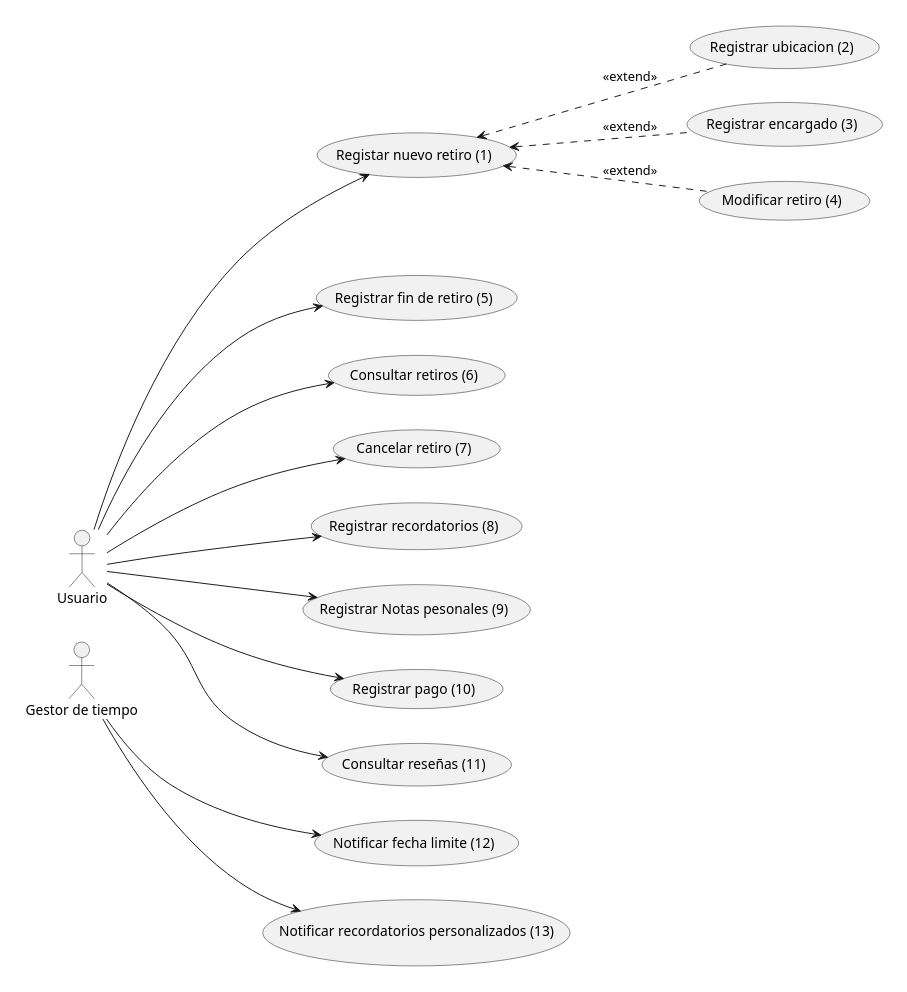
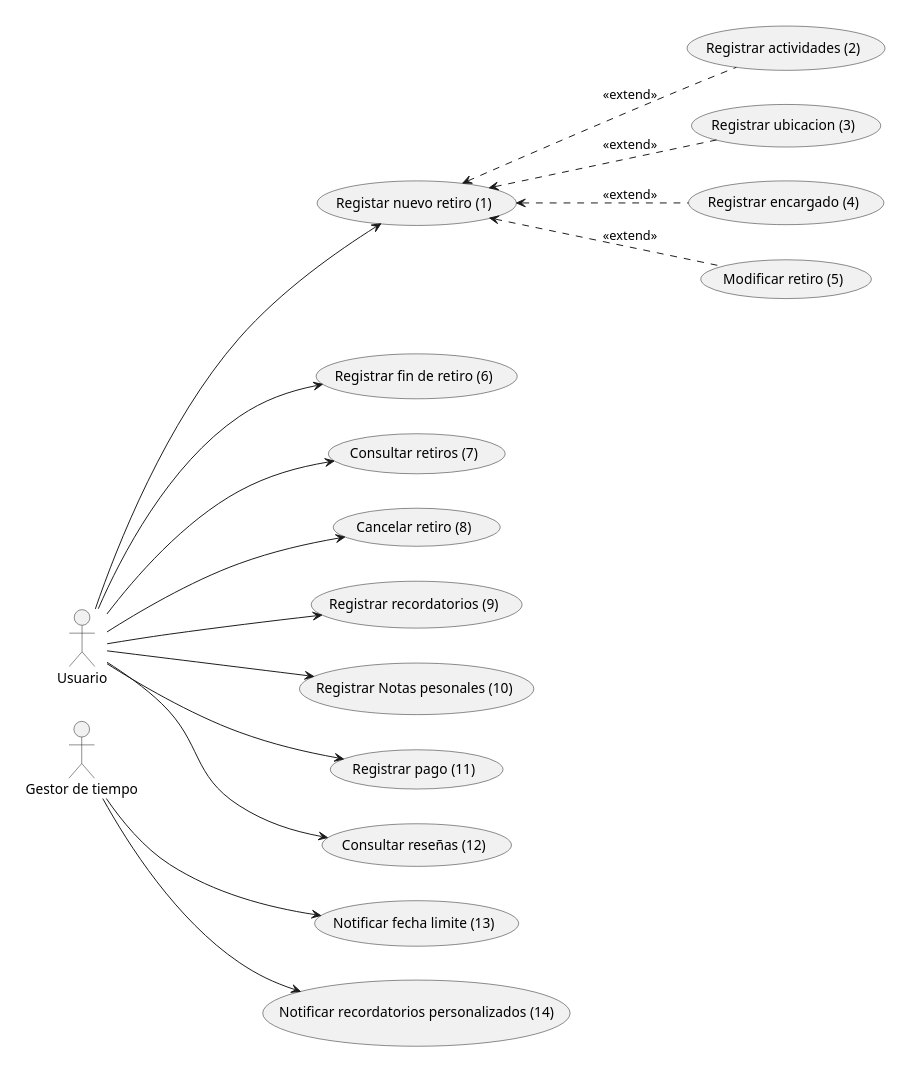
One commit to angelkemerer/diagramas-uml changed the diagram in TPI/CU_TPI.puml. Above: the diagram before and after it, drawn with PlantUML. The commit also changed 4 other files, not shown here.

Commit message:
- agregamos clase imagen porque en la descripcion de registrar retiro se agrego una nueva clase imagen para manejar las fotos de los retiros - agregamos un CU extend llamado registrar actividades, tambien basandos en la misma descripcion de caso de uso, - sacamos el estado no interesado

```diff
--- a/TPI/CU_TPI.puml
+++ b/TPI/CU_TPI.puml
@@ -1,53 +1,55 @@
 @startuml diagrama caso de uso TPI
 ' CONFIGURACION DEL DIAGRAMA
 top to bottom direction
 skinparam package {
     BackgroundColor transparent
     borderColor transparente
 }
 ' Definición de actores 
 package {
     actor "Usuario" as us
     actor "Gestor de tiempo" as time
 }
 
 ' Definición de casos de uso
 package {
     left to right direction
     usecase "Registar nuevo retiro (1)" as UC1
-    usecase "Modificar retiro (4)" as UC4
-    usecase "Registrar encargado (3)" as UC3
-    usecase "Registrar ubicacion (2)" as UC2
+    usecase "Modificar retiro (5)" as UC5
+    usecase "Registrar encargado (4)" as UC4
+    usecase "Registrar ubicacion (3)" as UC3
+    usecase "Registrar actividades (2)" as UC2
 
     UC1 <.. UC2 : <<extend>>
     UC1 <.. UC3 : <<extend>>
     UC1 <.. UC4 : <<extend>>
+    UC1 <.. UC5 : <<extend>>
 }
 
 package {
     left to right direction
-    usecase "Registrar fin de retiro (5)" as UC5
-    usecase "Consultar retiros (6)" as UC6
-    usecase "Cancelar retiro (7)" as UC7
-    usecase "Registrar recordatorios (8)" as UC8
-    usecase "Registrar Notas pesonales (9)" as UC9
-    usecase "Registrar pago (10)" as UC10
-    usecase "Consultar reseñas (11)" as UC11
-    usecase "Notificar fecha limite (12)" as UC12
-    usecase "Notificar recordatorios personalizados (13)" as UC13
+    usecase "Registrar fin de retiro (6)" as UC6
+    usecase "Consultar retiros (7)" as UC7
+    usecase "Cancelar retiro (8)" as UC8
+    usecase "Registrar recordatorios (9)" as UC9
+    usecase "Registrar Notas pesonales (10)" as UC10
+    usecase "Registrar pago (11)" as UC11
+    usecase "Consultar reseñas (12)" as UC12
+    usecase "Notificar fecha limite (13)" as UC13
+    usecase "Notificar recordatorios personalizados (14)" as UC14
 }
 
 ' relaciones entre actores y casos de uso
 us ---> UC1
-us ---> UC5
 us ---> UC6
 us ---> UC7
 us ---> UC8
 us ---> UC9
 us ---> UC10
 us ---> UC11
+us ---> UC12
 
-time ---> UC12
-time --> UC13
+time ---> UC13
+time --> UC14
 
 @enduml
```
